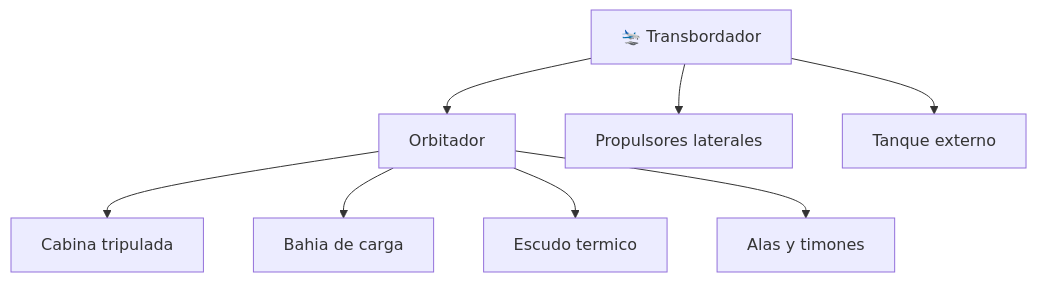
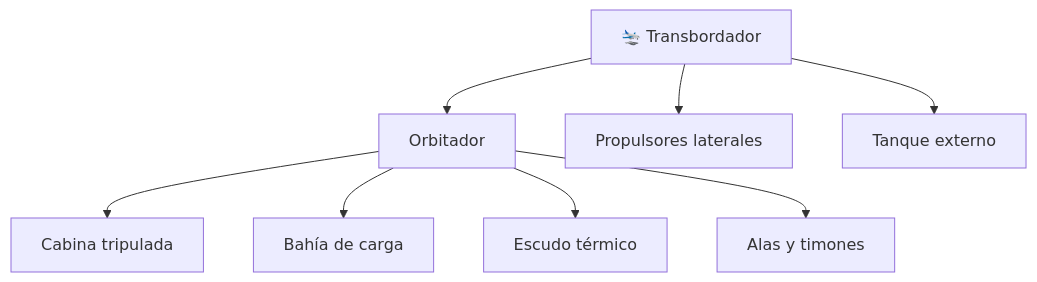
Before and after one commit to vladimiracunadev-create/machine-operator-program: the diagram in vehiculos/transbordadores/operacion/caracteristicas-transbordador.md, drawn with Mermaid. The commit also changed other lines of this file and 442 other files, not shown here.

````diff
--- a/vehiculos/transbordadores/operacion/caracteristicas-transbordador.md
+++ b/vehiculos/transbordadores/operacion/caracteristicas-transbordador.md
@@ -35,10 +35,10 @@
 ```mermaid
 flowchart TD
     Sistema[🛬 Transbordador] --> Orbitador[Orbitador]
     Sistema --> Propulsores[Propulsores laterales]
     Sistema --> Tanque[Tanque externo]
     Orbitador --> Cabina[Cabina tripulada]
-    Orbitador --> Bahia[Bahia de carga]
-    Orbitador --> Escudo[Escudo termico]
+    Orbitador --> Bahia[Bahía de carga]
+    Orbitador --> Escudo[Escudo térmico]
     Orbitador --> Alas[Alas y timones]
 ```
````
